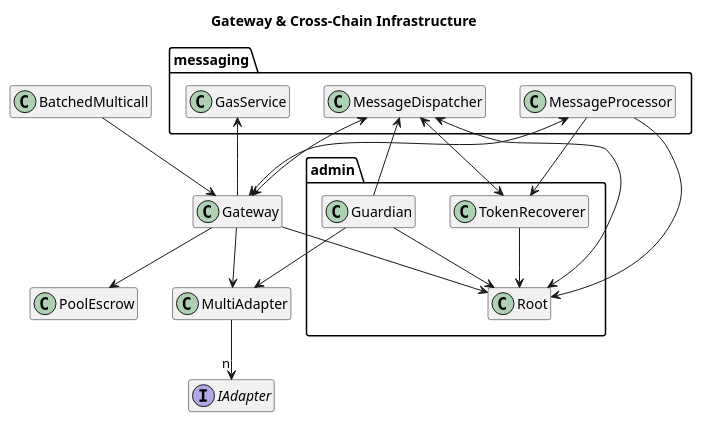
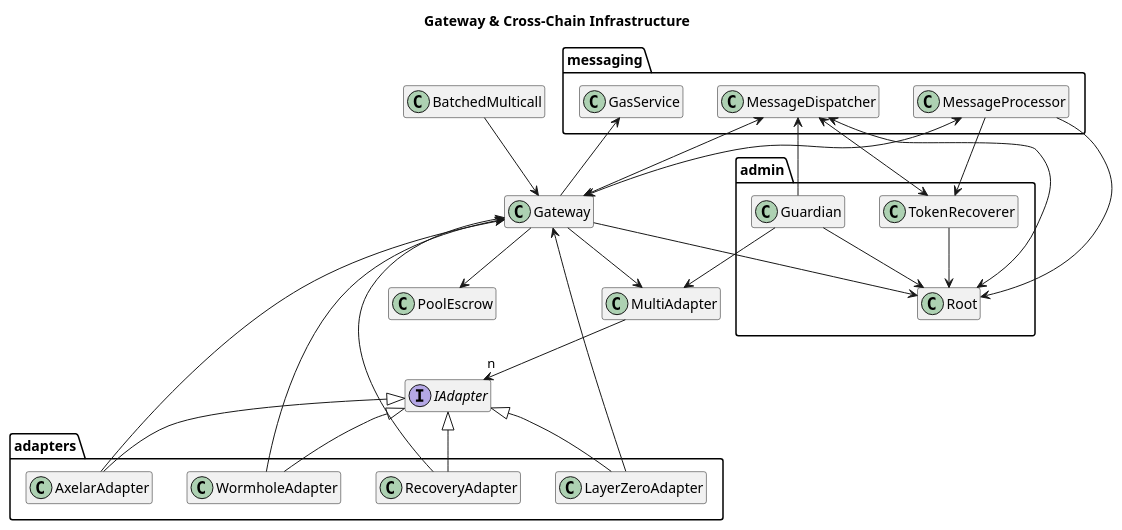
The diagram in docs/architecture/core/gateway.puml (centrifuge/protocol), drawn with PlantUML before and after one commit. The commit also changed 2 other files, not shown here.

```diff
--- a/docs/architecture/core/gateway.puml
+++ b/docs/architecture/core/gateway.puml
@@ -1,47 +1,64 @@
 @startuml gateway
 title Gateway & Cross-Chain Infrastructure
 hide empty members
 
 package messaging {
     class MessageDispatcher
     class MessageProcessor
     class GasService
 }
 
 package admin {
     class Guardian
     class Root
     class TokenRecoverer
+}
+
+package adapters {
+    class AxelarAdapter
+    class WormholeAdapter
+    class LayerZeroAdapter
+    class RecoveryAdapter
 }
 
 class Gateway
 class BatchedMulticall
 class MultiAdapter
 class PoolEscrow
 
 interface IAdapter
 
 BatchedMulticall --> Gateway
 
 Gateway --> GasService
 Gateway --> Root
 Gateway --> MultiAdapter
 Gateway --> PoolEscrow
 
 MultiAdapter --> "n" IAdapter
 
+IAdapter <|-- AxelarAdapter
+IAdapter <|-- WormholeAdapter
+IAdapter <|-- LayerZeroAdapter
+IAdapter <|-- RecoveryAdapter
+
+AxelarAdapter --> Gateway
+WormholeAdapter --> Gateway
+LayerZeroAdapter --> Gateway
+RecoveryAdapter --> Gateway
+
 MessageProcessor --> Root
 MessageProcessor --> TokenRecoverer
 MessageProcessor <--> Gateway
 
 MessageDispatcher <--> Root
 MessageDispatcher <--> TokenRecoverer
 MessageDispatcher <--> Gateway
 
 Guardian --> Root
 Guardian --> MessageDispatcher
 Guardian --> MultiAdapter
 
 TokenRecoverer --> Root
 
 @enduml
```
